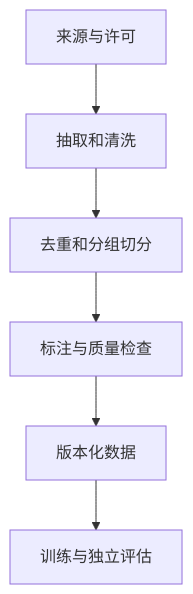
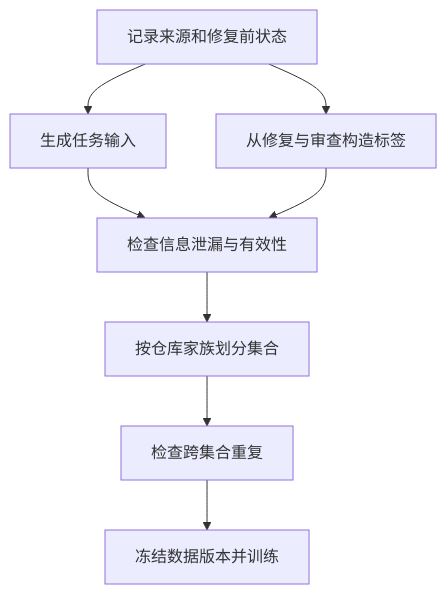
Before and after one commit to YZYExp/Learn-Model-Train: the diagram in chapters/02-data.md, drawn with Mermaid. The commit also changed other lines of this file and 4 other files, not shown here.

````diff
--- a/chapters/02-data.md
+++ b/chapters/02-data.md
@@ -5,8 +29,10 @@
 ```mermaid
 flowchart TD
- A[来源与许可] --> B[抽取和清洗]
- B --> C[去重和分组切分]
- C --> D[标注与质量检查]
- D --> E[版本化数据]
- E --> F[训练与独立评估]
+ A[记录来源和修复前状态] --> B[生成任务输入]
+ A --> C[从修复与审查构造标签]
+ B --> D[检查信息泄漏与有效性]
+ C --> D
+ D --> E[按仓库家族划分集合]
+ E --> F[检查跨集合重复]
+ F --> G[冻结数据版本并训练]
 ```
````
